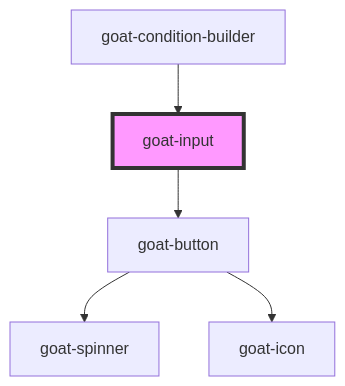
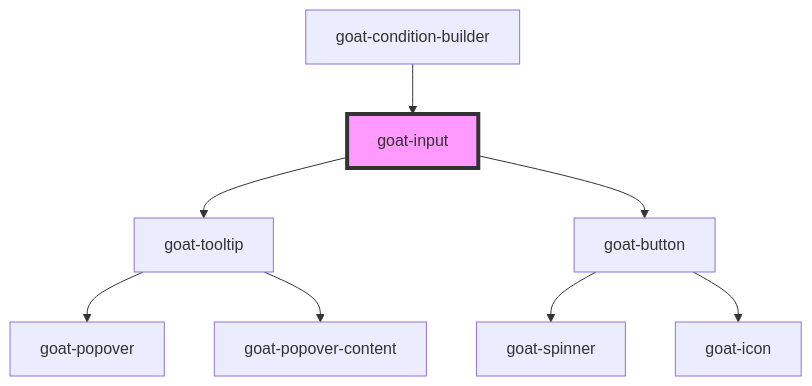
Before and after one commit to goatui/components: the diagram in src/components/input-controls/input/input/readme.md, drawn with Mermaid. The commit also changed other lines of this file and 22 other files, not shown here.

````diff
--- a/src/components/input-controls/input/input/readme.md
+++ b/src/components/input-controls/input/input/readme.md
@@ -90,8 +90,11 @@
 ```mermaid
 graph TD;
+  goat-input --> goat-tooltip
   goat-input --> goat-button
+  goat-tooltip --> goat-popover
+  goat-tooltip --> goat-popover-content
   goat-button --> goat-spinner
   goat-button --> goat-icon
   goat-condition-builder --> goat-input
   style goat-input fill:#f9f,stroke:#333,stroke-width:4px
 ```
````
